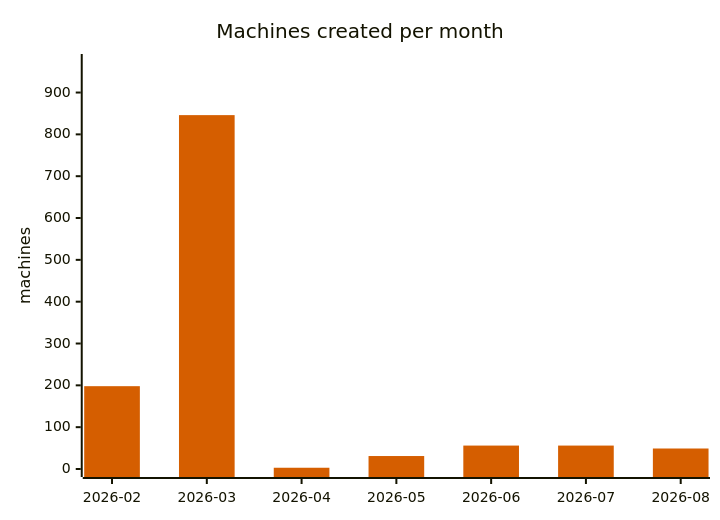
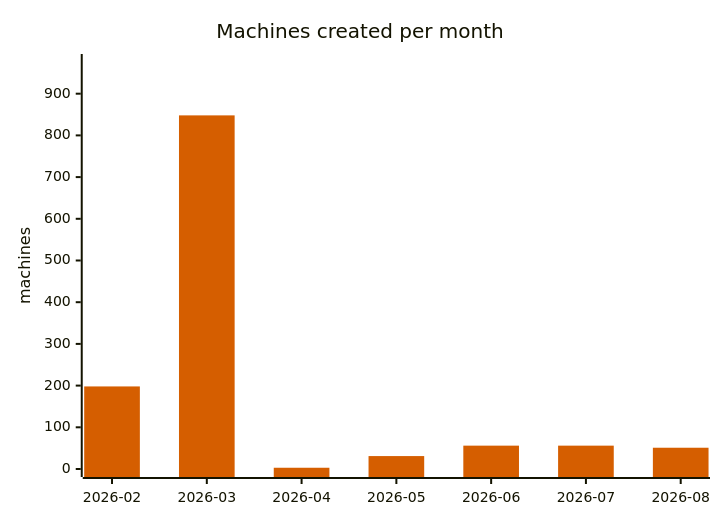
Before and after one commit to cheeaun/returnright-data: the fifth of 7 diagrams in ANALYSIS.md, drawn with Mermaid. The commit also changed other lines of this file and 3 other files, not shown here.

````diff
--- a/ANALYSIS.md
+++ b/ANALYSIS.md
@@ -219,13 +222,13 @@
 ```mermaid
 ---
 config:
   themeVariables:
     xyChart:
       plotColorPalette: "#D55E00"
 ---
 xychart-beta
     title "Machines created per month"
     x-axis ["2026-02", "2026-03", "2026-04", "2026-05", "2026-06", "2026-07", "2026-08"]
-    y-axis "machines" 0 --> 973
-    bar [198, 846, 3, 31, 56, 56, 49]
+    y-axis "machines" 0 --> 976
+    bar [198, 848, 3, 31, 56, 56, 51]
 ```
````
